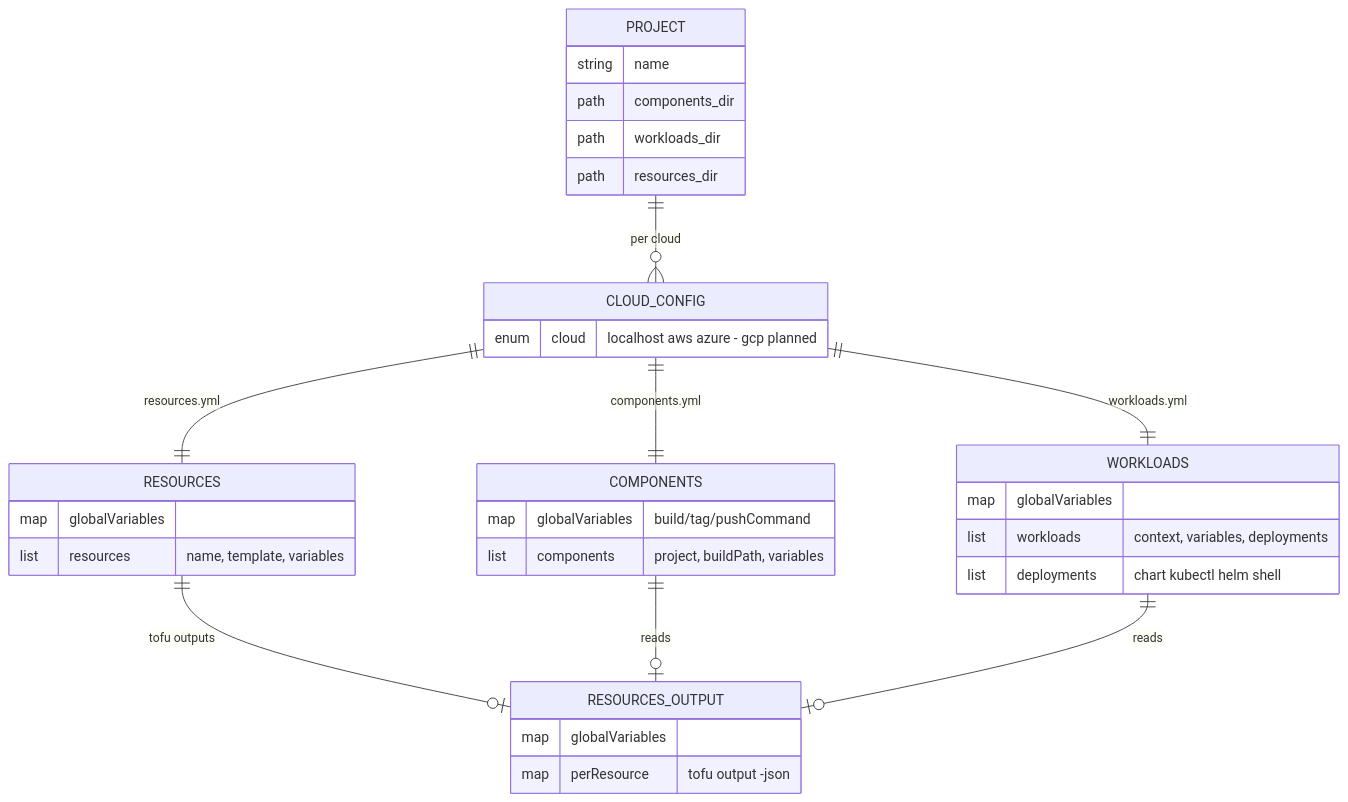
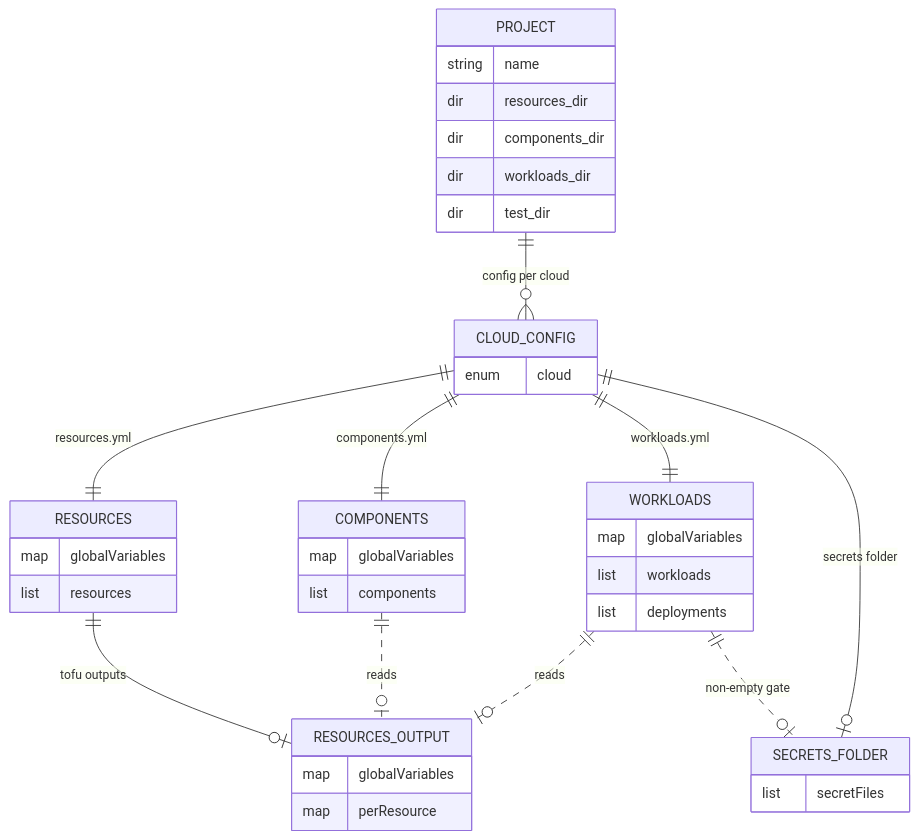
One commit to alissonsol/yuruna changed the first of 4 diagrams in docs/design/05-data-model.md. Above: the diagram before and after it, drawn with Mermaid. The commit also changed other lines of this file and 652 other files, not shown here.

````diff
--- a/docs/design/05-data-model.md
+++ b/docs/design/05-data-model.md
@@ -18,37 +26,44 @@
 ```mermaid
 erDiagram
-    PROJECT ||--o{ CLOUD_CONFIG : "per cloud"
+    PROJECT ||--o{ CLOUD_CONFIG : "config per cloud"
     CLOUD_CONFIG ||--|| RESOURCES : "resources.yml"
     CLOUD_CONFIG ||--|| COMPONENTS : "components.yml"
     CLOUD_CONFIG ||--|| WORKLOADS : "workloads.yml"
+    CLOUD_CONFIG ||--o| SECRETS_FOLDER : "secrets folder"
     RESOURCES ||--o| RESOURCES_OUTPUT : "tofu outputs"
-    COMPONENTS ||--o| RESOURCES_OUTPUT : reads
-    WORKLOADS ||--o| RESOURCES_OUTPUT : reads
+    COMPONENTS ||..o| RESOURCES_OUTPUT : "reads"
+    WORKLOADS ||..o| RESOURCES_OUTPUT : "reads"
+    WORKLOADS ||..o| SECRETS_FOLDER : "non-empty gate"
+    %% planned: a gcp CLOUD_CONFIG parses, but global/resources/gcp ships no templates
 
     PROJECT {
         string name
-        path components_dir
-        path workloads_dir
-        path resources_dir
+        dir resources_dir
+        dir components_dir
+        dir workloads_dir
+        dir test_dir
     }
     CLOUD_CONFIG {
-        enum cloud "localhost aws azure - gcp planned"
+        enum cloud
     }
     RESOURCES {
         map globalVariables
-        list resources "name, template, variables"
+        list resources
     }
     COMPONENTS {
-        map globalVariables "build/tag/pushCommand"
-        list components "project, buildPath, variables"
+        map globalVariables
+        list components
     }
     WORKLOADS {
         map globalVariables
-        list workloads "context, variables, deployments"
-        list deployments "chart kubectl helm shell"
+        list workloads
+        list deployments
     }
     RESOURCES_OUTPUT {
         map globalVariables
-        map perResource "tofu output -json"
+        map perResource
+    }
+    SECRETS_FOLDER {
+        list secretFiles
     }
 ```
````
